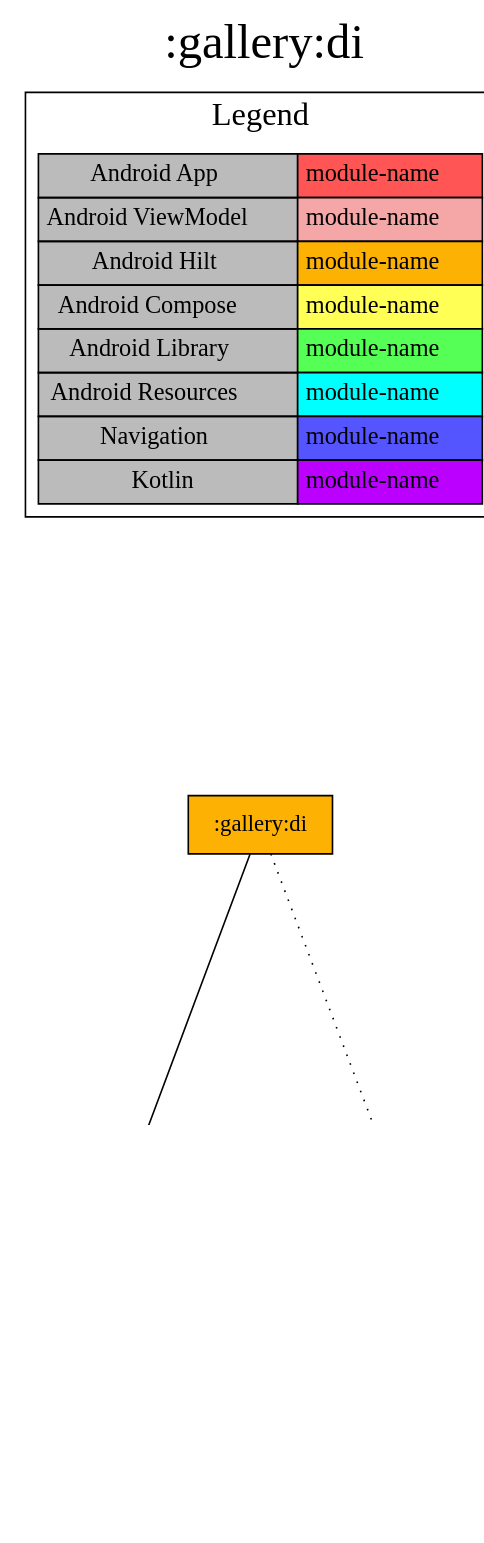
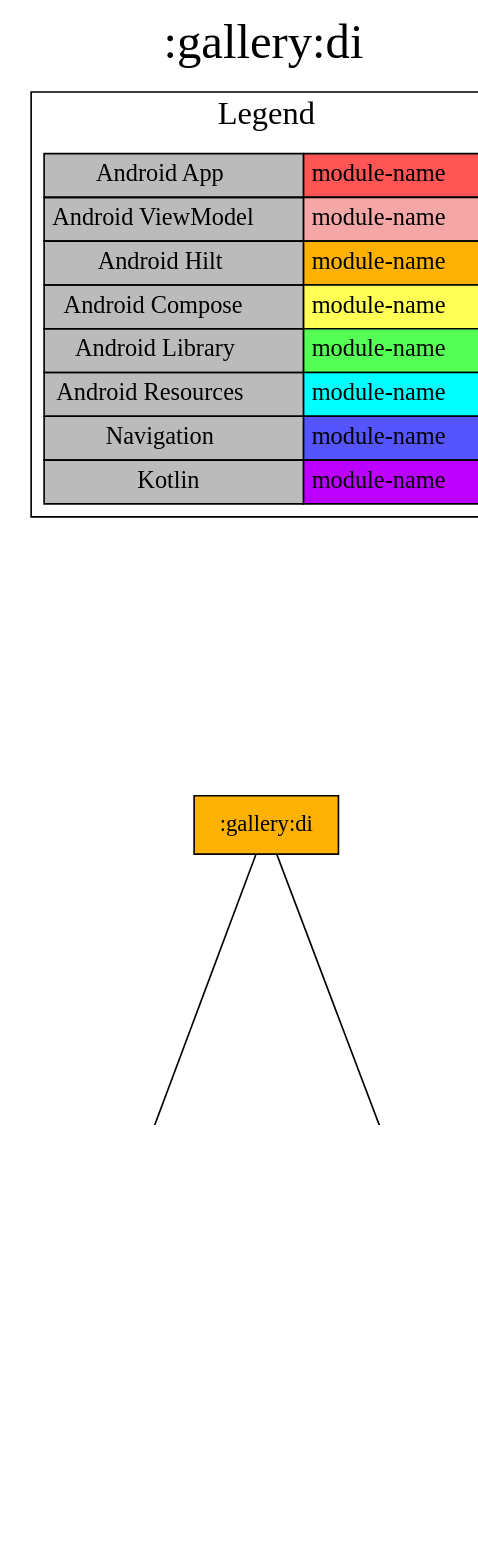
The diagram in modules/gallery/di/project-dependency-graph.dot (jonapoul/nasa-android), drawn with Graphviz before and after one commit. The commit also changed 70 other files, not shown here.

```diff
--- a/modules/gallery/di/project-dependency-graph.dot
+++ b/modules/gallery/di/project-dependency-graph.dot
@@ -1,33 +1,33 @@
 digraph {
 edge ["dir"="forward"]
 graph ["dpi"="100","label"=":gallery:di","labelloc"="t","fontsize"="30","ranksep"="2.5","rankdir"="TB"]
 node ["style"="filled"]
 ":gallery:di" ["shape"="box","fillcolor"="#FCB103"]
+":core:http:factories" ["fillcolor"="#BB00FF","shape"="box"]
 ":gallery:data:api" ["fillcolor"="#BB00FF","shape"="box"]
 ":gallery:model" ["fillcolor"="#BB00FF","shape"="box"]
-":core:http:factories" ["fillcolor"="#BB00FF","shape"="box"]
 {
 edge ["dir"="none"]
 graph ["rank"="same"]
 ":gallery:di"
 }
+":gallery:di" -> ":core:http:factories"
 ":gallery:di" -> ":gallery:data:api"
-":gallery:di" -> ":core:http:factories" ["style"="dotted"]
 ":gallery:data:api" -> ":gallery:model"
 subgraph "cluster_legend" {
 edge ["dir"="none"]
 graph ["label"="Legend","fontsize"="20"]
 "Legend" ["style"="filled","fillcolor"="#bbbbbb","shape"="none","margin"="0","fontsize"="15","label"=<
 <TABLE BORDER="0" CELLBORDER="1" CELLSPACING="0" CELLPADDING="4">
 <TR><TD>Android App</TD><TD BGCOLOR="#FF5555">module-name</TD></TR>
 <TR><TD>Android ViewModel</TD><TD BGCOLOR="#F5A6A6">module-name</TD></TR>
 <TR><TD>Android Hilt</TD><TD BGCOLOR="#FCB103">module-name</TD></TR>
 <TR><TD>Android Compose</TD><TD BGCOLOR="#FFFF55">module-name</TD></TR>
 <TR><TD>Android Library</TD><TD BGCOLOR="#55FF55">module-name</TD></TR>
 <TR><TD>Android Resources</TD><TD BGCOLOR="#00FFFF">module-name</TD></TR>
 <TR><TD>Navigation</TD><TD BGCOLOR="#5555FF">module-name</TD></TR>
 <TR><TD>Kotlin</TD><TD BGCOLOR="#BB00FF">module-name</TD></TR>
 </TABLE>
 >]
 } -> ":gallery:di" ["style"="invis"]
 }
```
